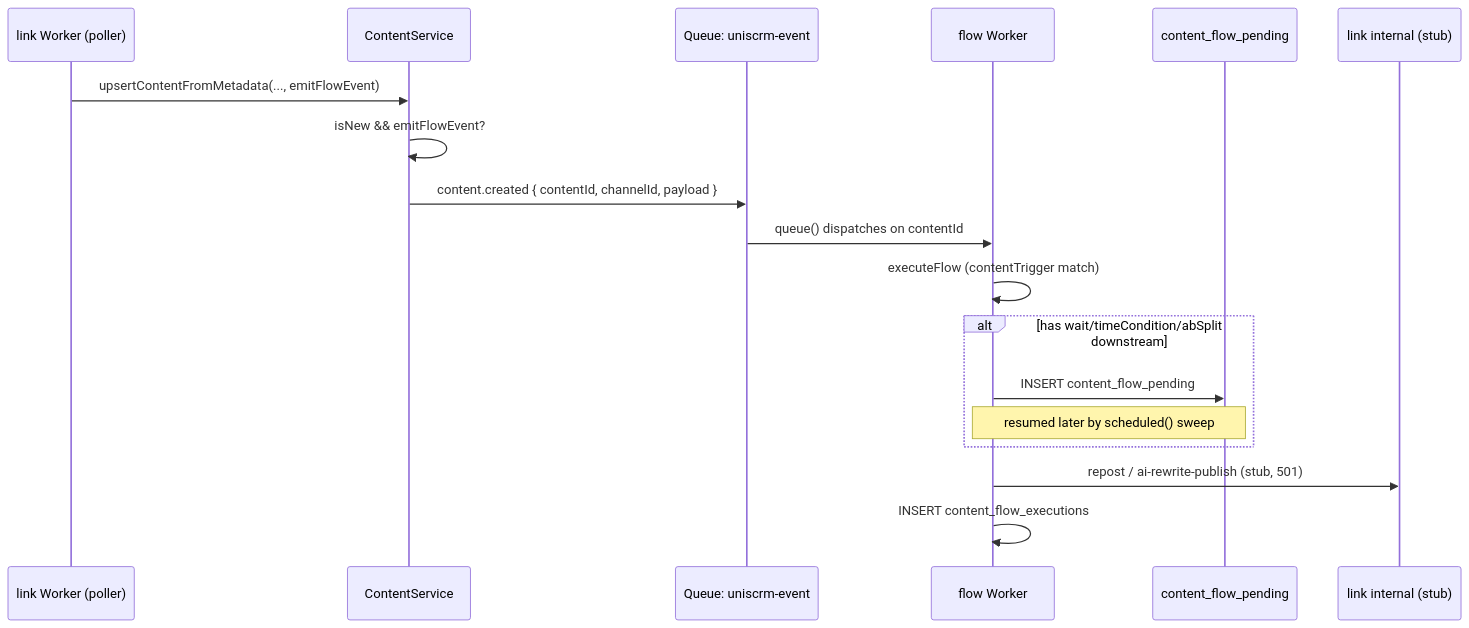
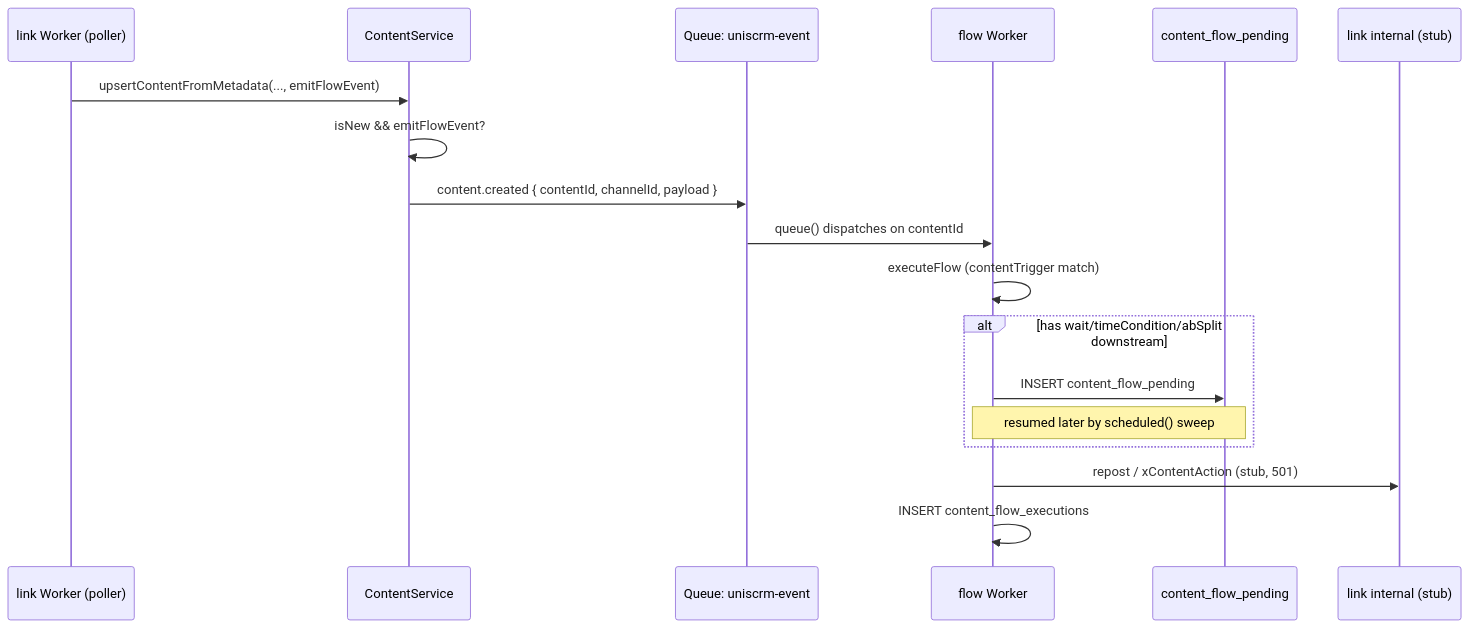
The second of 3 diagrams in flow/sequence.md (zcqqq/uniscrm-web), drawn with Mermaid before and after one commit. The commit also changed other lines of this file, not shown here.

First line of the commit message:
docs(flow): update sequence.md for xContentAction redesign

````diff
--- a/flow/sequence.md
+++ b/flow/sequence.md
@@ -20,21 +20,21 @@
 ```mermaid
 sequenceDiagram
     participant P as link Worker (poller)
     participant CS as ContentService
     participant EQ as Queue: uniscrm-event
     participant FW as flow Worker
     participant CFP as content_flow_pending
     participant STUB as link internal (stub)
 
     P->>CS: upsertContentFromMetadata(..., emitFlowEvent)
     CS->>CS: isNew && emitFlowEvent?
     CS->>EQ: content.created { contentId, channelId, payload }
     EQ->>FW: queue() dispatches on contentId
     FW->>FW: executeFlow (contentTrigger match)
     alt has wait/timeCondition/abSplit downstream
         FW->>CFP: INSERT content_flow_pending
         Note over FW,CFP: resumed later by scheduled() sweep
     end
-    FW->>STUB: repost / ai-rewrite-publish (stub, 501)
+    FW->>STUB: repost / xContentAction (stub, 501)
     FW->>FW: INSERT content_flow_executions
 ```
````
